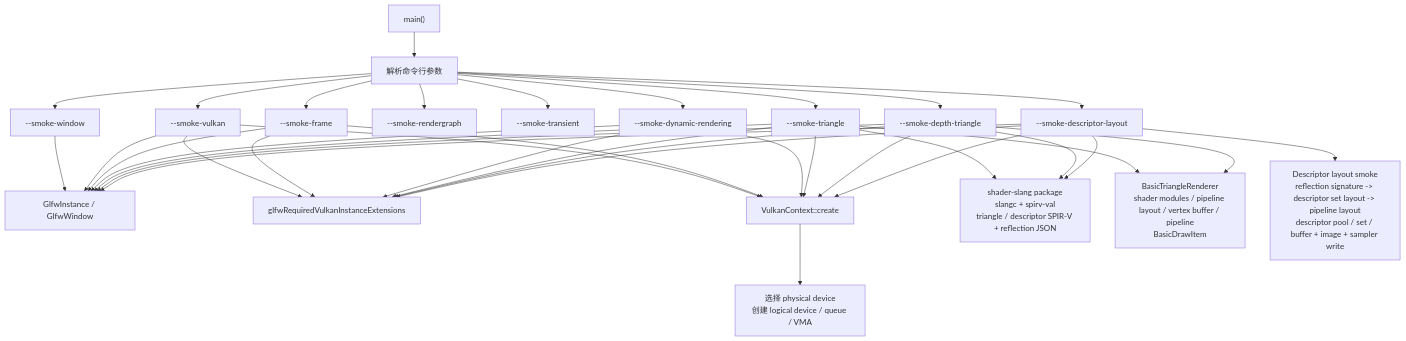
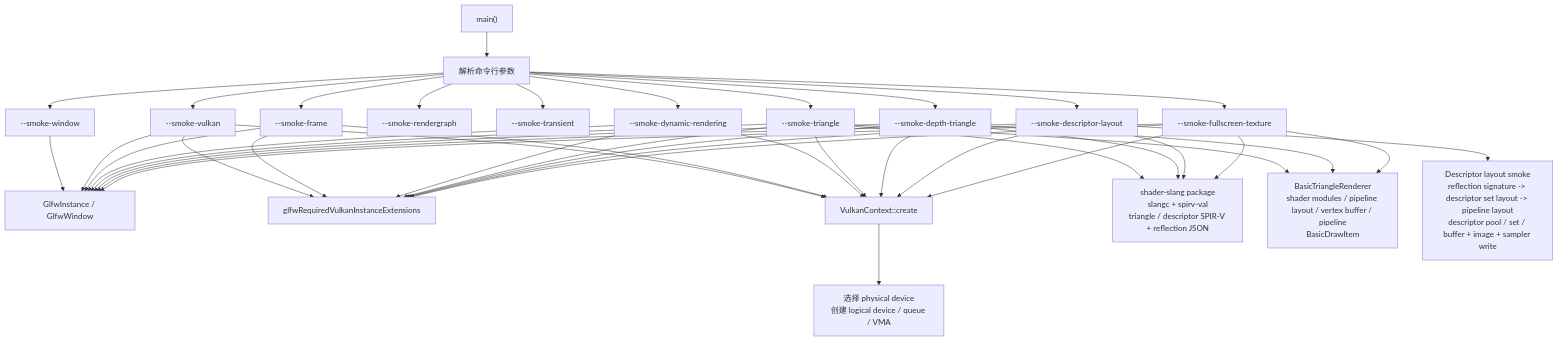
One commit to 66six11/Engine changed the second of 11 diagrams in docs/flow-architecture.md. Above: the diagram before and after it, drawn with Mermaid. The commit also changed other lines of this file and 9 other files, not shown here.

Commit message:
feat: add fullscreen texture smoke

````diff
--- a/docs/flow-architecture.md
+++ b/docs/flow-architecture.md
@@ -58,58 +58,65 @@
 ```mermaid
 flowchart TD
     Start["main()"]
     Args["解析命令行参数"]
     WindowSmoke["--smoke-window"]
     VulkanSmoke["--smoke-vulkan"]
     FrameSmoke["--smoke-frame"]
     RGSmoke["--smoke-rendergraph"]
     TransientSmoke["--smoke-transient"]
     DynamicSmoke["--smoke-dynamic-rendering"]
     TriangleSmoke["--smoke-triangle"]
     DepthTriangleSmoke["--smoke-depth-triangle"]
     DescriptorSmoke["--smoke-descriptor-layout"]
+    FullscreenTextureSmoke["--smoke-fullscreen-texture"]
     GLFW["GlfwInstance / GlfwWindow"]
     Ext["glfwRequiredVulkanInstanceExtensions"]
     Context["VulkanContext::create"]
     Device["选择 physical device<br/>创建 logical device / queue / VMA"]
     ShaderBuild["shader-slang package<br/>slangc + spirv-val<br/>triangle / descriptor SPIR-V + reflection JSON"]
     RendererObject["BasicTriangleRenderer<br/>shader modules / pipeline layout / vertex buffer / pipeline<br/>BasicDrawItem"]
     DescriptorLayout["Descriptor layout smoke<br/>reflection signature -> descriptor set layout -> pipeline layout<br/>descriptor pool / set / buffer + image + sampler write"]
 
     Start --> Args
     Args --> WindowSmoke
     Args --> VulkanSmoke
     Args --> FrameSmoke
     Args --> RGSmoke
     Args --> TransientSmoke
     Args --> DynamicSmoke
     Args --> TriangleSmoke
     Args --> DepthTriangleSmoke
     Args --> DescriptorSmoke
+    Args --> FullscreenTextureSmoke
     WindowSmoke --> GLFW
     VulkanSmoke --> GLFW
     VulkanSmoke --> Ext
     VulkanSmoke --> Context
     FrameSmoke --> GLFW
     FrameSmoke --> Ext
     FrameSmoke --> Context
     DynamicSmoke --> GLFW
     DynamicSmoke --> Ext
     DynamicSmoke --> Context
     TriangleSmoke --> GLFW
     TriangleSmoke --> Ext
     TriangleSmoke --> Context
     TriangleSmoke --> ShaderBuild
     TriangleSmoke --> RendererObject
     DepthTriangleSmoke --> GLFW
     DepthTriangleSmoke --> Ext
     DepthTriangleSmoke --> Context
     DepthTriangleSmoke --> ShaderBuild
     DepthTriangleSmoke --> RendererObject
     DescriptorSmoke --> GLFW
     DescriptorSmoke --> Ext
     DescriptorSmoke --> Context
     DescriptorSmoke --> ShaderBuild
     DescriptorSmoke --> DescriptorLayout
+    FullscreenTextureSmoke --> GLFW
+    FullscreenTextureSmoke --> Ext
+    FullscreenTextureSmoke --> Context
+    FullscreenTextureSmoke --> ShaderBuild
+    FullscreenTextureSmoke --> RendererObject
     Context --> Device
 ```
````
